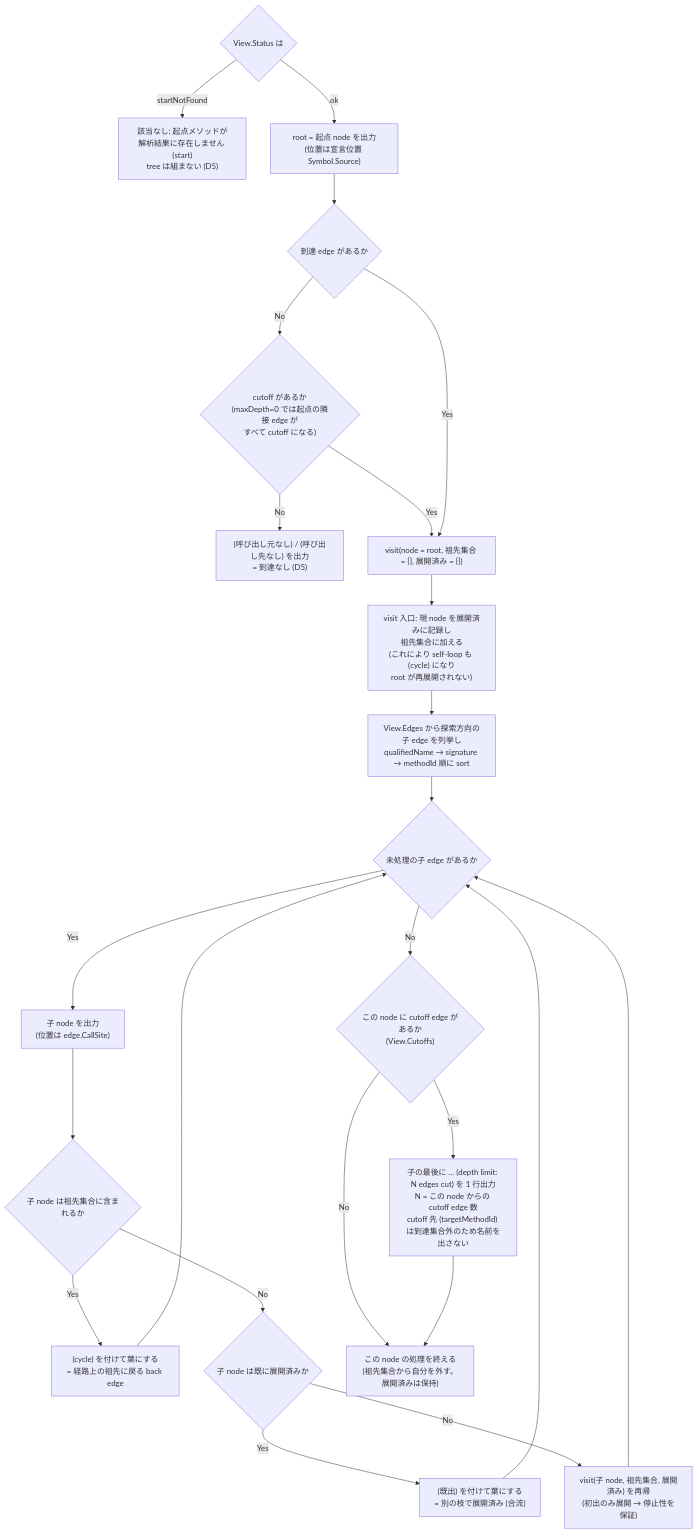
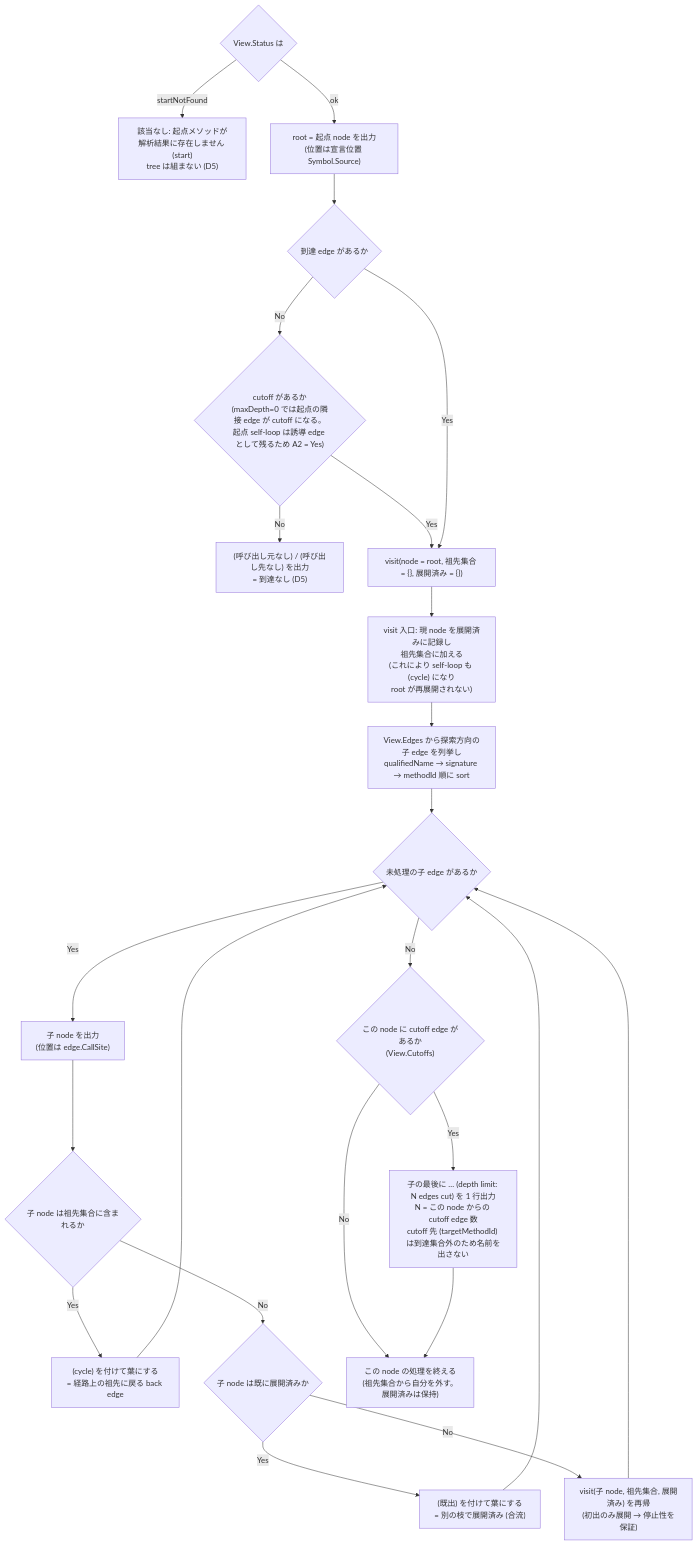
One commit to Fukuemon/depwalk changed the second of 3 diagrams in specs/7-output/index.md. Above: the diagram before and after it, drawn with Mermaid. The commit also changed other lines of this file and 1 other file, not shown here.

Commit message:
docs(spec): fixture 一覧を D7 への参照に集約し図の self-loop 例外を修正 #7

````diff
--- a/specs/7-output/index.md
+++ b/specs/7-output/index.md
@@ -637,26 +637,26 @@
 ```mermaid
 flowchart TD
     S{"View.Status は"} -- "startNotFound" --> S1["該当なし: 起点メソッドが解析結果に存在しません (start)<br/>tree は組まない (D5)"]
     S -- "ok" --> A["root = 起点 node を出力<br/>(位置は宣言位置 Symbol.Source)"]
     A --> A2{"到達 edge があるか"}
-    A2 -- "No" --> A4{"cutoff があるか<br/>(maxDepth=0 では起点の隣接 edge が<br/>すべて cutoff になる)"}
+    A2 -- "No" --> A4{"cutoff があるか<br/>(maxDepth=0 では起点の隣接 edge が cutoff になる。<br/>起点 self-loop は誘導 edge として残るため A2 = Yes)"}
     A4 -- "No" --> A3["(呼び出し元なし) / (呼び出し先なし) を出力<br/>= 到達なし (D5)"]
     A4 -- "Yes" --> B
     A2 -- "Yes" --> B["visit(node = root, 祖先集合 = {}, 展開済み = {})"]
     B --> B2["visit 入口: 現 node を展開済みに記録し<br/>祖先集合に加える<br/>(これにより self-loop も (cycle) になり<br/>root が再展開されない)"]
     B2 --> C["View.Edges から探索方向の子 edge を列挙し<br/>qualifiedName → signature → methodId 順に sort"]
     C --> D{"未処理の子 edge があるか"}
     D -- "Yes" --> E["子 node を出力<br/>(位置は edge.CallSite)"]
     E --> F{"子 node は祖先集合に含まれるか"}
     F -- "Yes" --> G["(cycle) を付けて葉にする<br/>= 経路上の祖先に戻る back edge"]
     F -- "No" --> H{"子 node は既に展開済みか"}
     H -- "Yes" --> I["(既出) を付けて葉にする<br/>= 別の枝で展開済み (合流)"]
     H -- "No" --> J["visit(子 node, 祖先集合, 展開済み) を再帰<br/>(初出のみ展開 → 停止性を保証)"]
     G --> D
     I --> D
     J --> D
     D -- "No" --> K{"この node に cutoff edge があるか<br/>(View.Cutoffs)"}
     K -- "Yes" --> L["子の最後に … (depth limit: N edges cut) を 1 行出力<br/>N = この node からの cutoff edge 数<br/>cutoff 先 (targetMethodId) は到達集合外のため名前を出さない"]
     K -- "No" --> M["この node の処理を終える<br/>(祖先集合から自分を外す。展開済みは保持)"]
     L --> M
 ```
````
